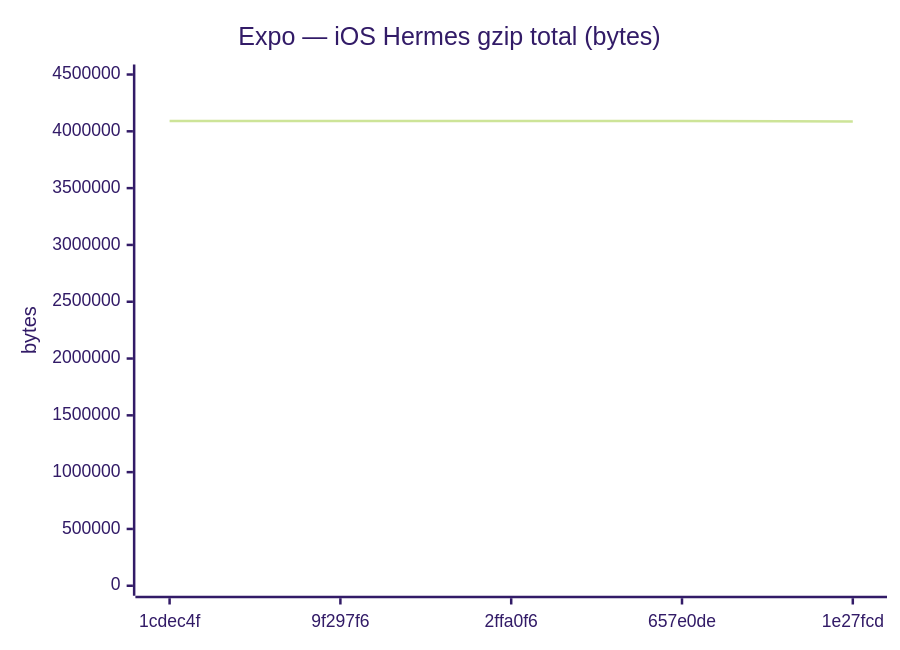
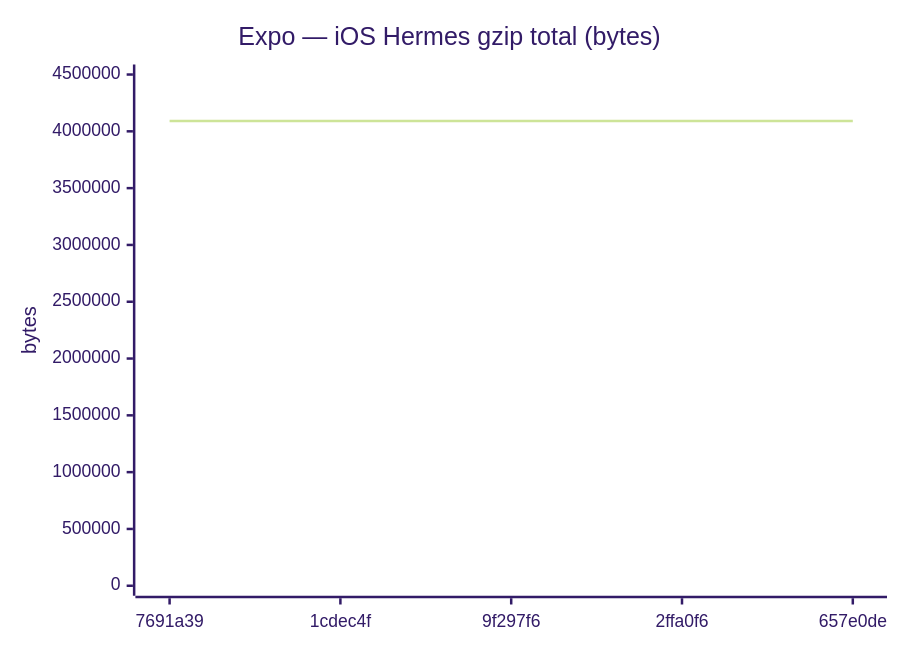
Diagram 12 of 18 in benchmarks/compare.md (Metaheurist/Rianell), drawn with Mermaid (forest theme) before and after one commit. The commit also changed other lines of this file and 11 other files, not shown here.

````diff
--- a/benchmarks/compare.md
+++ b/benchmarks/compare.md
@@ -179,7 +179,7 @@
 ```mermaid
 xychart-beta
     title "Expo — iOS Hermes gzip total (bytes)"
-    x-axis ["1cdec4f", "9f297f6", "2ffa0f6", "657e0de", "1e27fcd"]
-    y-axis "bytes" 0 --> 4500158
-    line [4091052, 4091052, 4091051, 4090884, 4087417]
+    x-axis ["7691a39", "1cdec4f", "9f297f6", "2ffa0f6", "657e0de"]
+    y-axis "bytes" 0 --> 4500248
+    line [4091134, 4091052, 4091052, 4091051, 4090884]
 ```
````
